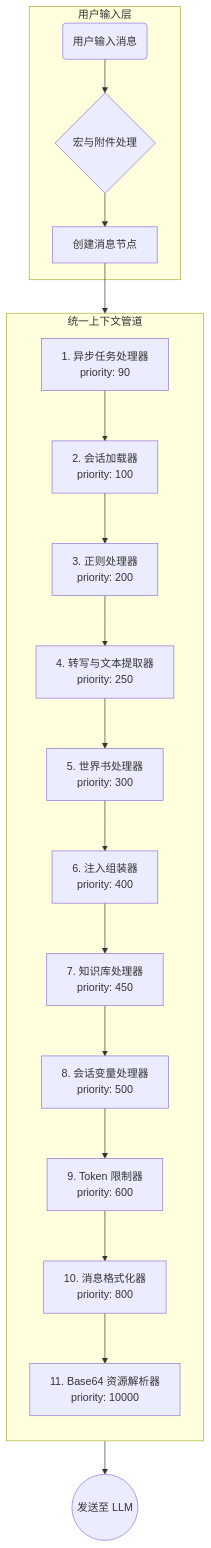
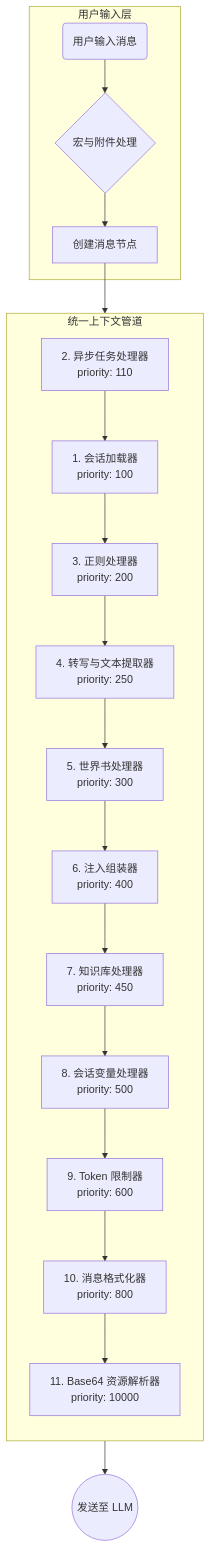
One commit to miaotouy/aio-hub changed the diagram in src/tools/llm-chat/docs/architecture/context-pipeline.md. Above: the diagram before and after it, drawn with Mermaid. The commit also changed other lines of this file and 3 other files, not shown here.

````diff
--- a/src/tools/llm-chat/docs/architecture/context-pipeline.md
+++ b/src/tools/llm-chat/docs/architecture/context-pipeline.md
@@ -19,28 +19,28 @@
 ```mermaid
 graph TD
     subgraph Input [用户输入层]
         A1(用户输入消息) --> A2{宏与附件处理}
         A2 --> A3[创建消息节点]
     end
 
     subgraph Pipeline [统一上下文管道]
         direction TB
-        P0[1. 异步任务处理器<br/>priority: 90]
-        P1[2. 会话加载器<br/>priority: 100]
+        P1[1. 会话加载器<br/>priority: 100]
+        P0[2. 异步任务处理器<br/>priority: 110]
         P2[3. 正则处理器<br/>priority: 200]
         P3[4. 转写与文本提取器<br/>priority: 250]
         P4[5. 世界书处理器<br/>priority: 300]
         P5[6. 注入组装器<br/>priority: 400]
         P6[7. 知识库处理器<br/>priority: 450]
         P7[8. 会话变量处理器<br/>priority: 500]
         P8[9. Token 限制器<br/>priority: 600]
         P9[10. 消息格式化器<br/>priority: 800]
         P10[11. Base64 资源解析器<br/>priority: 10000]
 
         P0 --> P1 --> P2 --> P3 --> P4 --> P5 --> P6 --> P7 --> P8 --> P9 --> P10
     end
 
     A3 --> Pipeline
     P10 --> Final((发送至 LLM))
 
 ```
````
